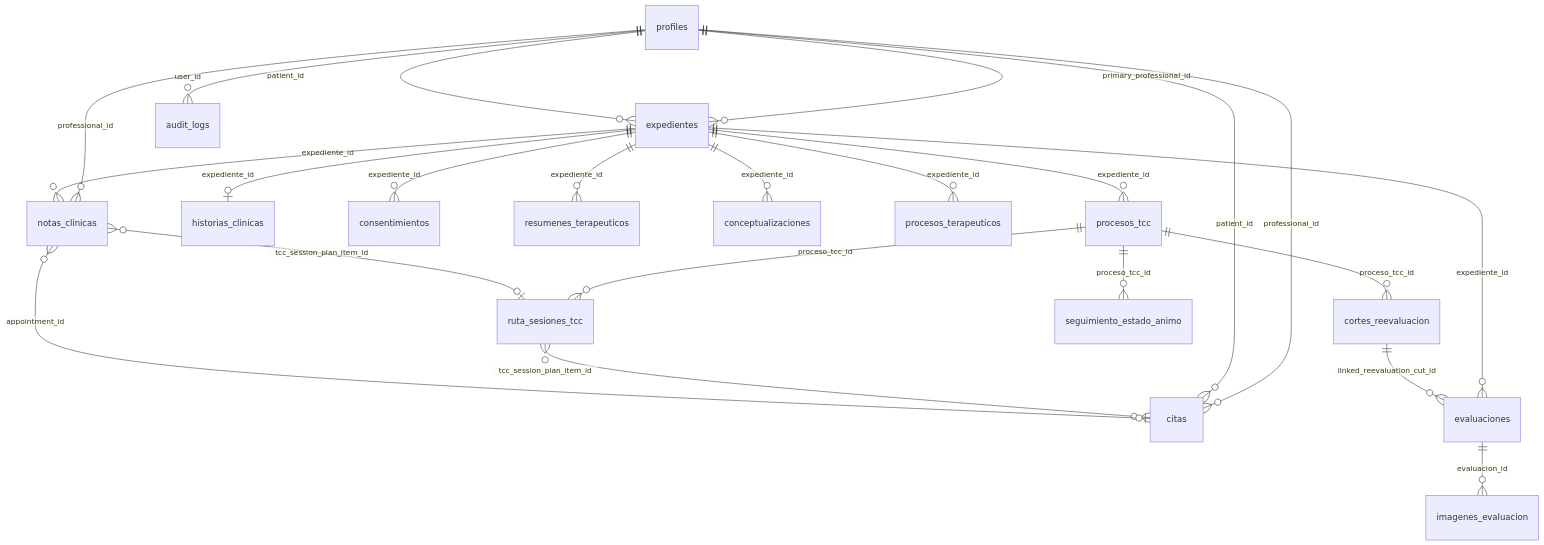
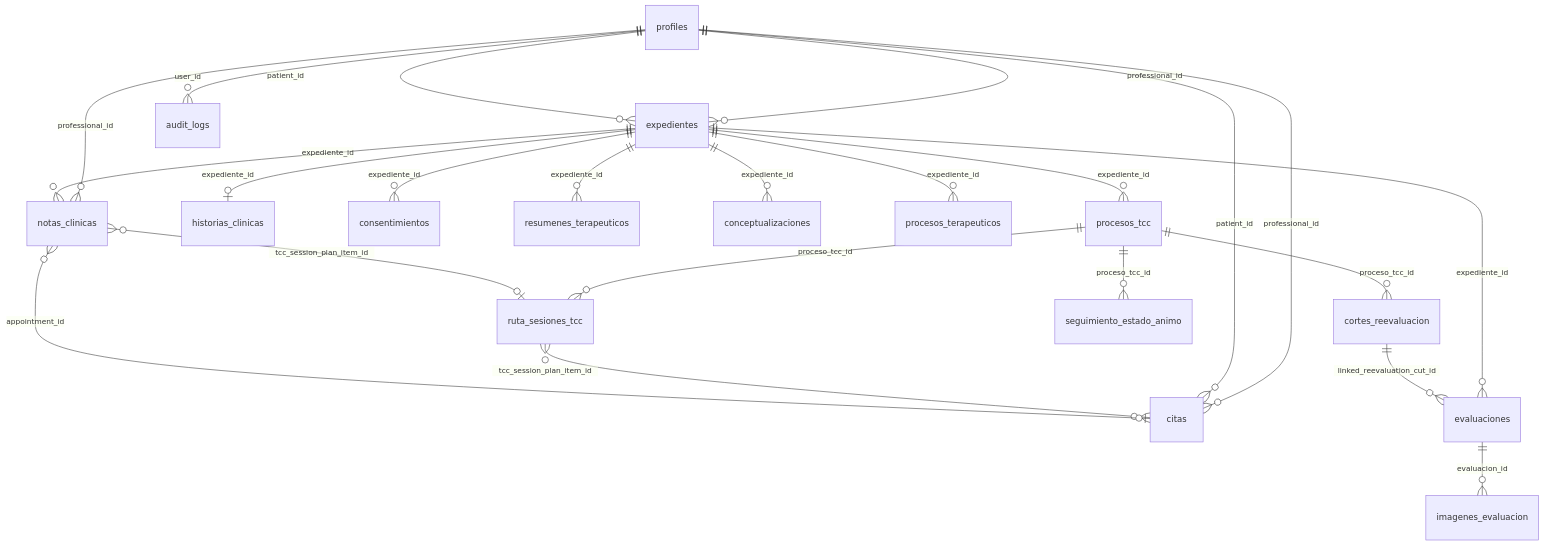
Before and after one commit to BryanMejiaR/catholizare-saas-salud-mental: the diagram in docs/data-model-overview.md, drawn with Mermaid. The commit also changed other lines of this file and 3 other files, not shown here.

````diff
--- a/docs/data-model-overview.md
+++ b/docs/data-model-overview.md
@@ -11,30 +11,30 @@
 ```mermaid
 erDiagram
-    profiles ||--o{ expedientes : "primary_professional_id"
+    profiles ||--o{ expedientes : "professional_id"
     profiles ||--o{ expedientes : "patient_id"
     profiles ||--o{ citas : "professional_id"
     profiles ||--o{ citas : "patient_id"
     profiles ||--o{ notas_clinicas : "professional_id"
     profiles ||--o{ audit_logs : "user_id"
 
     expedientes ||--o| historias_clinicas : "expediente_id"
     expedientes ||--o{ consentimientos : "expediente_id"
     expedientes ||--o{ resumenes_terapeuticos : "expediente_id"
     expedientes ||--o{ conceptualizaciones : "expediente_id"
     expedientes ||--o{ procesos_terapeuticos : "expediente_id"
     expedientes ||--o{ procesos_tcc : "expediente_id"
     expedientes ||--o{ notas_clinicas : "expediente_id"
     expedientes ||--o{ evaluaciones : "expediente_id"
 
     procesos_tcc ||--o{ ruta_sesiones_tcc : "proceso_tcc_id"
     procesos_tcc ||--o{ cortes_reevaluacion : "proceso_tcc_id"
     procesos_tcc ||--o{ seguimiento_estado_animo : "proceso_tcc_id"
 
     ruta_sesiones_tcc }o--o{ citas : "tcc_session_plan_item_id"
     cortes_reevaluacion ||--o{ evaluaciones : "linked_reevaluation_cut_id"
 
     notas_clinicas }o--o| citas : "appointment_id"
     notas_clinicas }o--o| ruta_sesiones_tcc : "tcc_session_plan_item_id"
 
     evaluaciones ||--o{ imagenes_evaluacion : "evaluacion_id"
 ```
````
